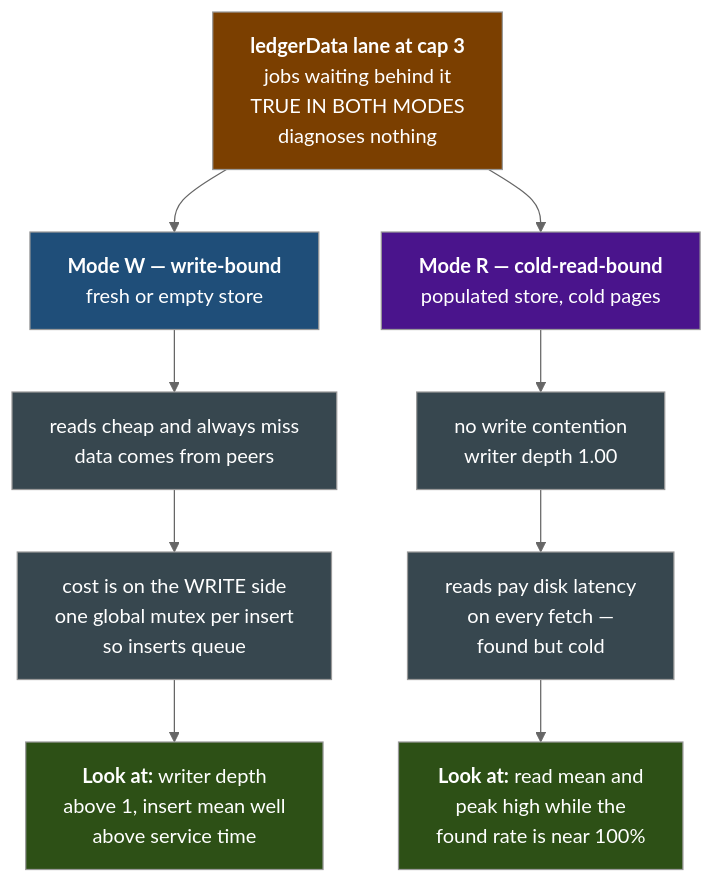
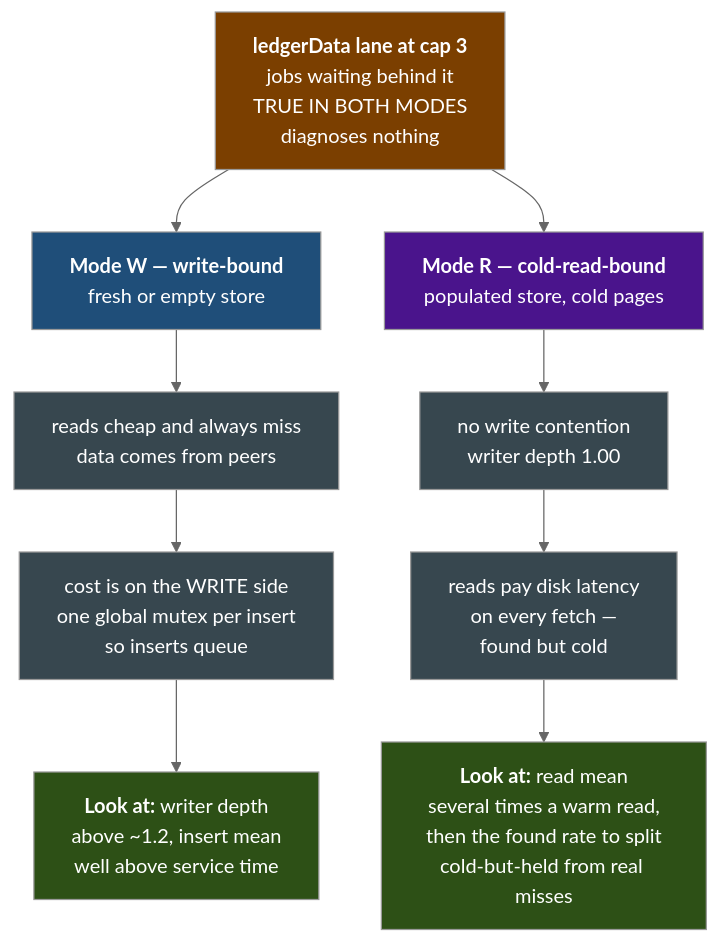
Before and after one commit to XRPLF/rippled: the second of 2 diagrams in docs/telemetry-runbook.md, drawn with Mermaid (neutral theme). The commit also changed other lines of this file and 1 other file, not shown here.

````diff
--- a/docs/telemetry-runbook.md
+++ b/docs/telemetry-runbook.md
@@ -1529,40 +1532,41 @@
 ```mermaid
 flowchart TB
     L["`**ledgerData lane at cap 3**
     jobs waiting behind it
     TRUE IN BOTH MODES
     diagnoses nothing`"]
 
     L --> W["`**Mode W — write-bound**
     fresh or empty store`"]
     L --> R["`**Mode R — cold-read-bound**
     populated store, cold pages`"]
 
     W --> W1["`reads cheap and always miss
     data comes from peers`"]
     W1 --> W2["`cost is on the WRITE side
     one global mutex per insert
     so inserts queue`"]
     W2 --> W3["`**Look at:** writer depth
-    above 1, insert mean well
-    above service time`"]
+    above ~1.2, insert mean
+    well above service time`"]
 
     R --> R1["`no write contention
     writer depth 1.00`"]
     R1 --> R2["`reads pay disk latency
     on every fetch —
     found but cold`"]
-    R2 --> R3["`**Look at:** read mean and
-    peak high while the
-    found rate is near 100%`"]
+    R2 --> R3["`**Look at:** read mean
+    several times a warm read,
+    then the found rate to split
+    cold-but-held from real misses`"]
 
     style L fill:#7b3f00,color:#ffffff
     style W fill:#1f4e79,color:#ffffff
     style R fill:#4a148c,color:#ffffff
     style W1 fill:#37474f,color:#ffffff
     style W2 fill:#37474f,color:#ffffff
     style W3 fill:#2d5016,color:#ffffff
     style R1 fill:#37474f,color:#ffffff
     style R2 fill:#37474f,color:#ffffff
     style R3 fill:#2d5016,color:#ffffff
 ```
````
